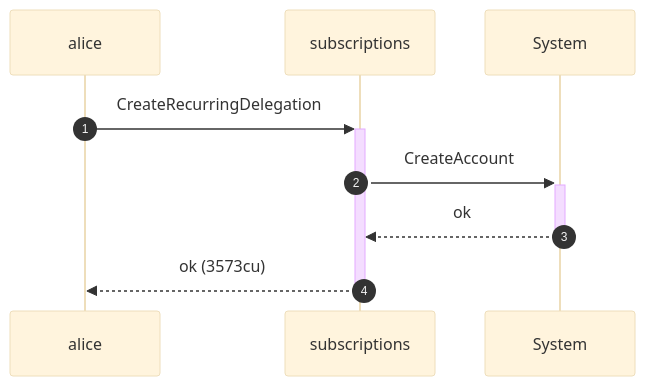
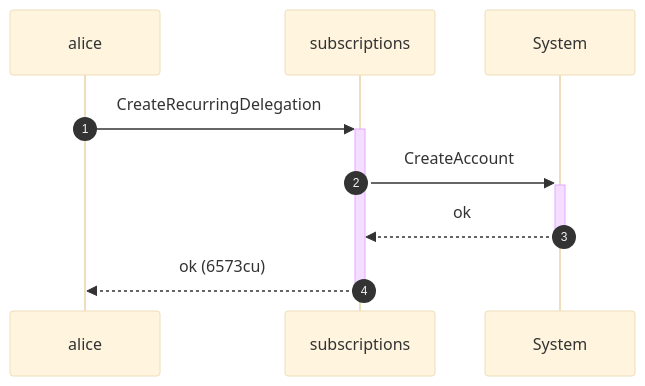
One commit to cds-rs/subscriptions changed the sixth of 8 diagrams in dsl_tests/create-a-recurring-delegation.md. Above: the diagram before and after it, drawn with Mermaid (base theme). The commit also changed other lines of this file and 224 other files, not shown here.

````diff
--- a/dsl_tests/create-a-recurring-delegation.md
+++ b/dsl_tests/create-a-recurring-delegation.md
@@ -118,11 +124,11 @@
 ```mermaid
 sequenceDiagram
     autonumber
     participant alice
     participant subscriptions
     participant System
     alice ->>+ subscriptions: CreateRecurringDelegation
     subscriptions ->>+ System: CreateAccount
     System -->>- subscriptions: ok
-    subscriptions -->>- alice: ok (3573cu)
+    subscriptions -->>- alice: ok (6573cu)
 ```
````
